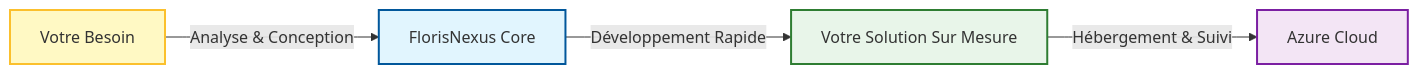
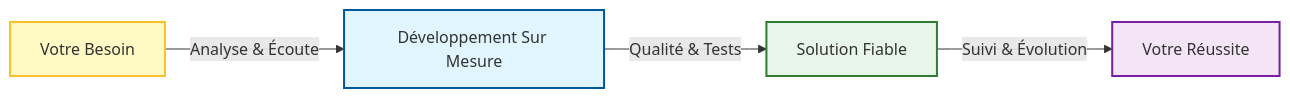
The first of 2 diagrams in profile/README.md (FlorisNexus/.github), drawn with Mermaid before and after one commit. The commit also changed other lines of this file, not shown here.

First line of the commit message:
Revise README for FlorisNexus branding and clarity

````diff
--- a/profile/README.md
+++ b/profile/README.md
@@ -34,11 +32,11 @@
 ```mermaid
 graph LR
-    Client[Votre Besoin] -->|Analyse & Conception| Nexus[FlorisNexus Core]
-    Nexus -->|Développement Rapide| App[Votre Solution Sur Mesure]
-    App -->|Hébergement & Suivi| Cloud[Azure Cloud]
+    Client[Votre Besoin] -->|Analyse & Écoute| Dev[Développement Sur Mesure]
+    Dev -->|Qualité & Tests| Livraison[Solution Fiable]
+    Livraison -->|Suivi & Évolution| Croissance[Votre Réussite]
 
     style Client fill:#fff9c4,stroke:#fbc02d,stroke-width:2px
-    style Nexus fill:#e1f5fe,stroke:#01579b,stroke-width:2px
-    style App fill:#e8f5e9,stroke:#2e7d32,stroke-width:2px
-    style Cloud fill:#f3e5f5,stroke:#7b1fa2,stroke-width:2px
+    style Dev fill:#e1f5fe,stroke:#01579b,stroke-width:2px
+    style Livraison fill:#e8f5e9,stroke:#2e7d32,stroke-width:2px
+    style Croissance fill:#f3e5f5,stroke:#7b1fa2,stroke-width:2px
 ```
````
